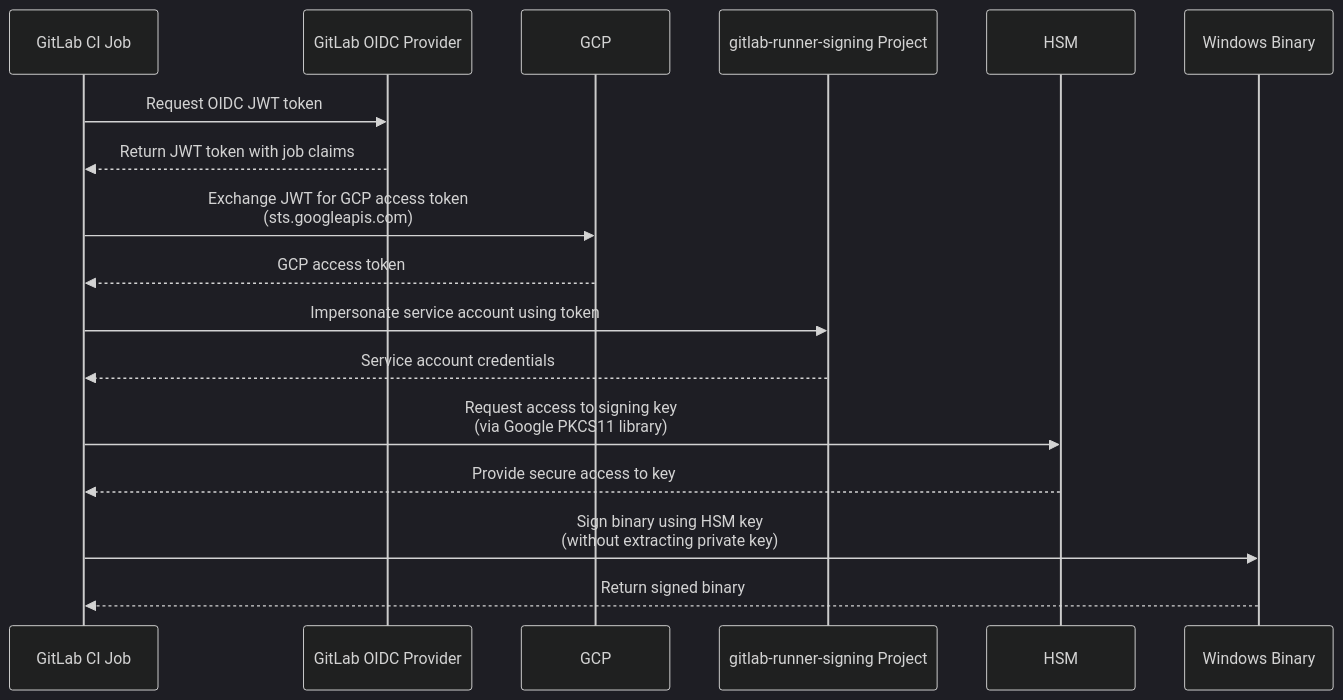
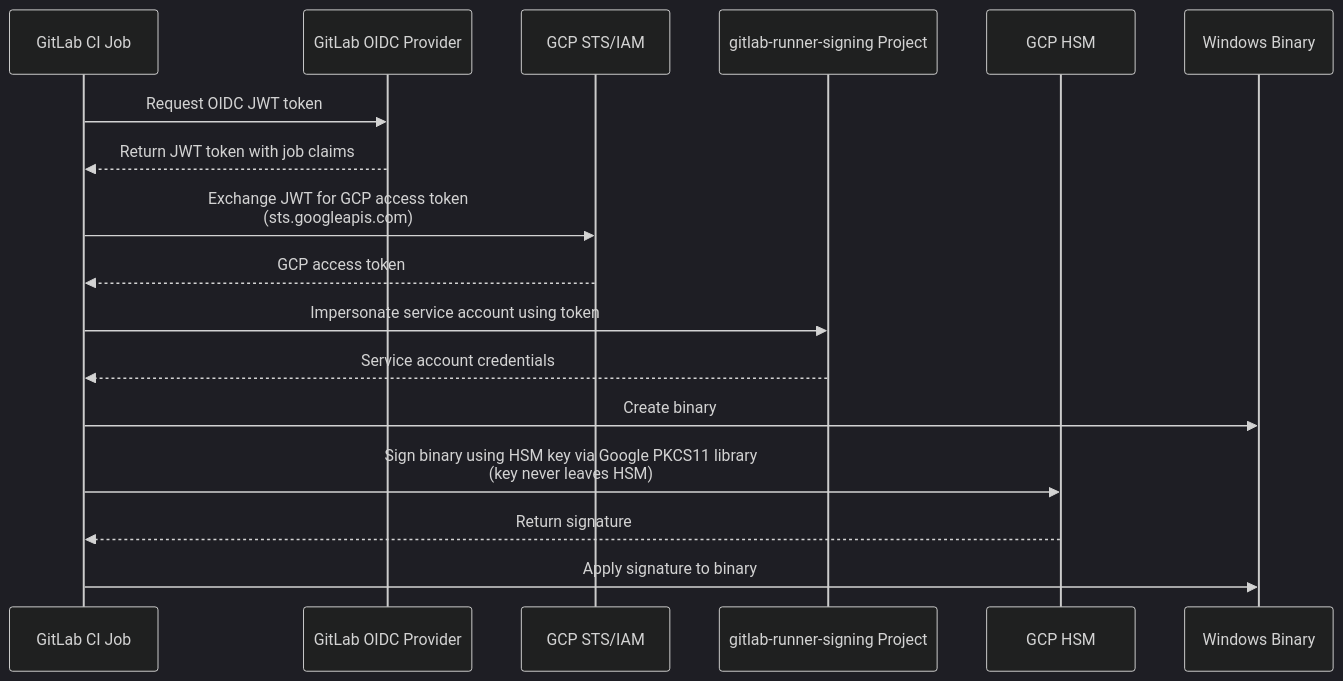
One commit to gitlabhq/gitlab-runner changed the diagram in certs/README.md. Above: the diagram before and after it, drawn with Mermaid (dark theme). The commit also changed other lines of this file, not shown here.

Commit message:
Improve README.me about signing

````diff
--- a/certs/README.md
+++ b/certs/README.md
@@ -16,25 +16,25 @@
 ```mermaid
 sequenceDiagram
     participant CI as GitLab CI Job
     participant OIDC as GitLab OIDC Provider
-    participant GCP as GCP
+    participant GCP as GCP STS/IAM
     participant Project as gitlab-runner-signing Project
-    participant HSM as HSM
+    participant HSM as GCP HSM
     participant Binary as Windows Binary
 
     CI->>OIDC: Request OIDC JWT token
     OIDC-->>CI: Return JWT token with job claims
 
     CI->>GCP: Exchange JWT for GCP access token<br/>(sts.googleapis.com)
     GCP-->>CI: GCP access token
 
     CI->>Project: Impersonate service account using token
     Project-->>CI: Service account credentials
 
-    CI->>HSM: Request access to signing key<br/>(via Google PKCS11 library)
-    HSM-->>CI: Provide secure access to key
+    CI->>Binary: Create binary
 
-    CI->>Binary: Sign binary using HSM key<br/>(without extracting private key)
+    CI->>HSM: Sign binary using HSM key via Google PKCS11 library<br/>(key never leaves HSM)
+    HSM-->>CI: Return signature
 
-    Binary-->>CI: Return signed binary
+    CI->>Binary: Apply signature to binary
 ```
````
